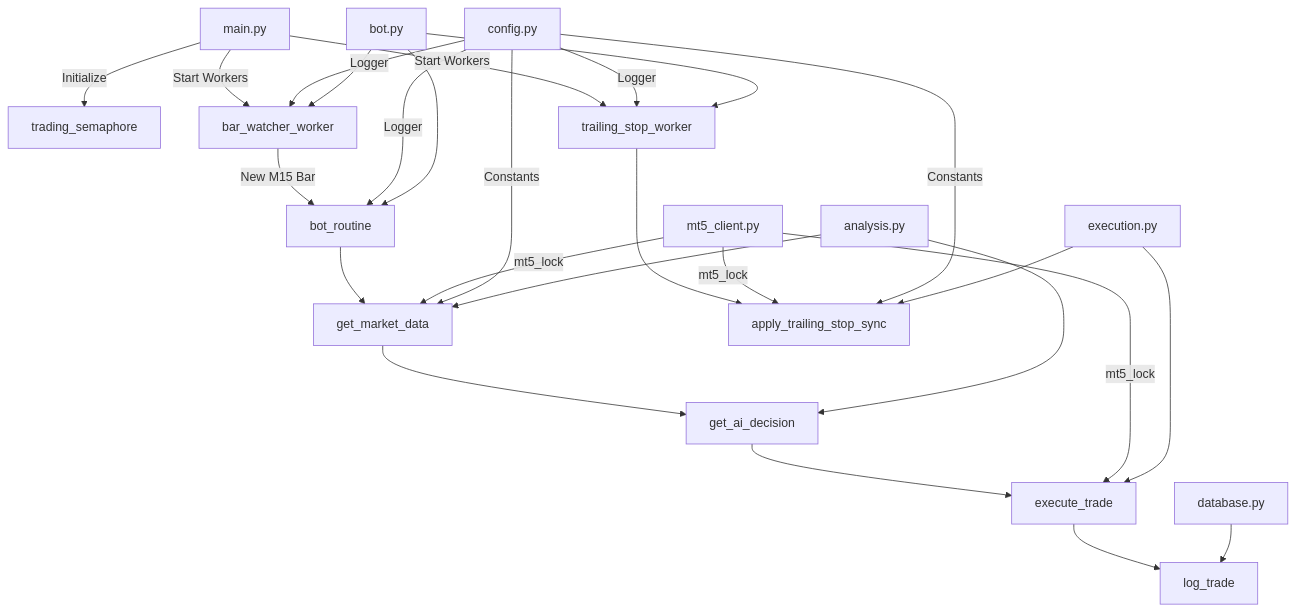
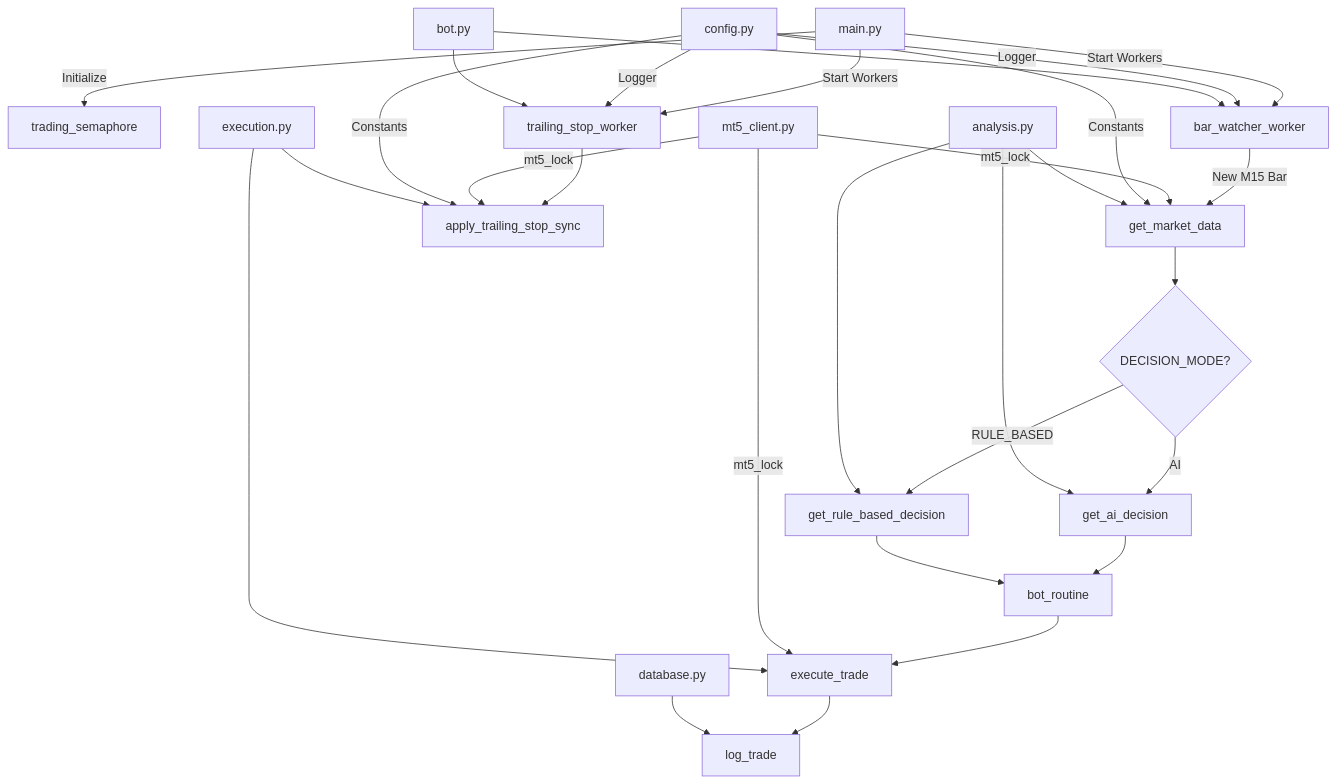
One commit to Ezra31448/merQuery-trading-bot changed the diagram in README.md. Above: the diagram before and after it, drawn with Mermaid. The commit also changed other lines of this file and 6 other files, not shown here.

````diff
--- a/README.md
+++ b/README.md
@@ -124,28 +161,30 @@
 ```mermaid
 graph TB
     A[main.py] -->|Initialize| B[trading_semaphore]
     A -->|Start Workers| C[bar_watcher_worker]
     A -->|Start Workers| D[trailing_stop_worker]
-    C -->|New M15 Bar| E[bot_routine]
-    E --> F[get_market_data]
-    F --> G[get_ai_decision]
-    G --> H[execute_trade]
-    H --> I[log_trade]
-    D --> J[apply_trailing_stop_sync]
-    K[mt5_client.py] -->|mt5_lock| F
-    K -->|mt5_lock| H
-    K -->|mt5_lock| J
-    L[database.py] --> I
-    M[config.py] -->|Constants| F
-    M -->|Constants| J
-    M -->|Logger| E
-    M -->|Logger| C
-    M -->|Logger| D
-    N[analysis.py] --> F
-    N --> G
-    O[execution.py] --> H
-    O --> J
-    P[bot.py] --> E
-    P --> C
-    P --> D
+    C -->|New M15 Bar| E[get_market_data]
+    E --> F{DECISION_MODE?}
+    F -->|AI| G[get_ai_decision]
+    F -->|RULE_BASED| H[get_rule_based_decision]
+    G --> I[bot_routine]
+    H --> I
+    I --> J[execute_trade]
+    J --> K[log_trade]
+    D --> L[apply_trailing_stop_sync]
+    M[mt5_client.py] -->|mt5_lock| E
+    M -->|mt5_lock| J
+    M -->|mt5_lock| L
+    N[database.py] --> K
+    O[config.py] -->|Constants| E
+    O -->|Constants| L
+    O -->|Logger| C
+    O -->|Logger| D
+    P[analysis.py] --> E
+    P --> G
+    P --> H
+    Q[execution.py] --> J
+    Q --> L
+    R[bot.py] --> C
+    R --> D
 ```
````
